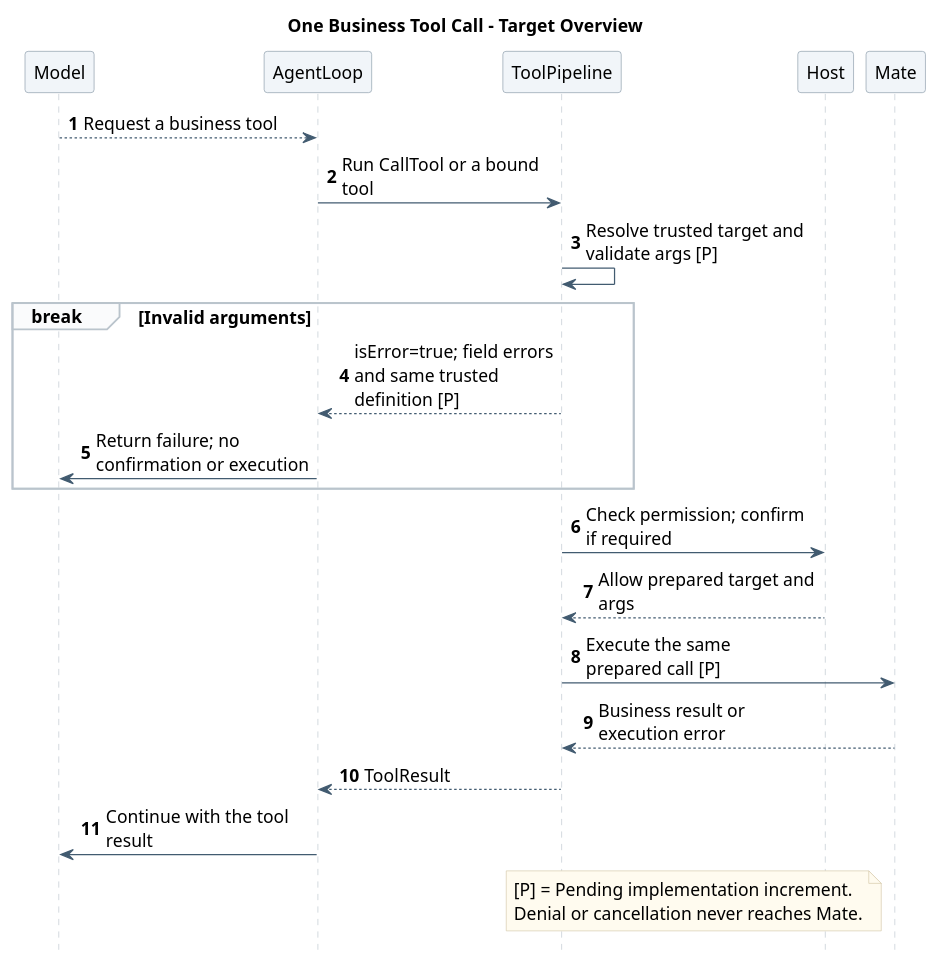
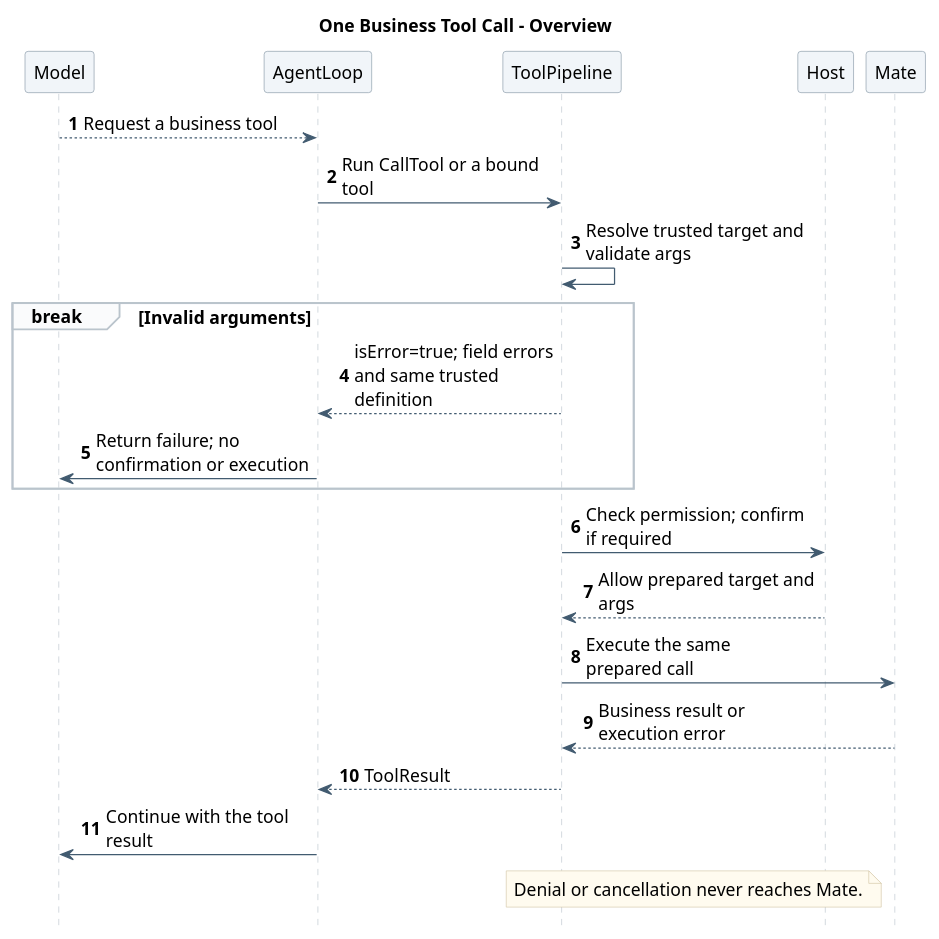
One commit to ssm0808/pi-mono-java-design changed the eighth of 13 diagrams in 01-总体架构/02-CampusClaw工具系统/diagram.puml. Above: the diagram before and after it, drawn with PlantUML. The commit also changed other lines of this file and 21 other files, not shown here.

```diff
--- a/01-总体架构/02-CampusClaw工具系统/diagram.puml
+++ b/01-总体架构/02-CampusClaw工具系统/diagram.puml
@@ -405,52 +468,50 @@
 @startuml tool_invocation_pipeline
-' Source evidence (CampusClaw c9a2340f87bda6dff6bbd352f6995f8551206bb5, checked 2026-09-22):
+' Source evidence (CampusClaw ae6645caaade3b9520220a34af940210850ef36a, checked 2026-09-22):
 ' modules/agent-core/src/main/java/com/campusclaw/agent/loop/AgentLoop.java: resolveToolCallsSafe, runToolPhase
 ' modules/agent-core/src/main/java/com/campusclaw/agent/tool/ToolExecutionPipeline.java: execute, validate, applyBeforeHook, invokeTool, applyAfterHook
 ' modules/coding-agent-cli/src/main/java/com/campusclaw/codingagent/runtimeapi/runtime/RuntimeActiveExecution.java: beforeToolCall
 ' Baseline evidence (pi 95fbc04997eaee961eb673fa7923e9220609ebd5):
 ' packages/agent/src/agent-loop.ts: prepareToolCall, executePreparedToolCall
-' Observed behavior: registered schema validation precedes before hooks; CallTool inner validation currently does not.
-' Design reason: every invalid argument path returns before user confirmation; approval executes one immutable prepared call.
-' Pending implementation: tool preparation, CallTool pre-confirmation validation and recovery content preservation.
+' Observed behavior: registered and CallTool business validation precede before hooks; approval executes one immutable prepared call.
+' Design reason: every invalid argument path returns before user confirmation.
 ' Presentation: one responsibility-level scenario; implementation details remain in the linked document.
 skinparam backgroundColor white
 skinparam defaultFontName SansSerif
 skinparam defaultFontSize 14
 skinparam shadowing false
 skinparam sequenceMessageAlign left
 skinparam maxMessageSize 180
 skinparam sequenceArrowColor #425B70
 skinparam sequenceLifeLineBorderColor #BAC4CC
 skinparam sequenceParticipantBackgroundColor #F1F5F9
 skinparam sequenceParticipantBorderColor #8496A4
 skinparam sequenceGroupBackgroundColor #FAFBFC
 skinparam sequenceGroupBorderColor #BAC4CC
 skinparam noteBackgroundColor #FFFBEF
 skinparam noteBorderColor #D2C6A5
 hide footbox
 autonumber
 
-title One Business Tool Call - Target Overview
+title One Business Tool Call - Overview
 participant Model
 participant AgentLoop as Loop
 participant ToolPipeline as Pipeline
 participant Host
 participant Mate
 Model --> Loop : Request a business tool
 Loop -> Pipeline : Run CallTool or a bound tool
-Pipeline -> Pipeline : Resolve trusted target and validate args [P]
+Pipeline -> Pipeline : Resolve trusted target and validate args
 break Invalid arguments
-  Pipeline --> Loop : isError=true; field errors\nand same trusted definition [P]
+  Pipeline --> Loop : isError=true; field errors\nand same trusted definition
   Loop -> Model : Return failure; no confirmation or execution
 end
 Pipeline -> Host : Check permission; confirm if required
 Host --> Pipeline : Allow prepared target and args
-Pipeline -> Mate : Execute the same prepared call [P]
+Pipeline -> Mate : Execute the same prepared call
 Mate --> Pipeline : Business result or execution error
 Pipeline --> Loop : ToolResult
 Loop -> Model : Continue with the tool result
 note over Pipeline,Host
-  [P] = Pending implementation increment.
   Denial or cancellation never reaches Mate.
 end note
 @enduml
```
